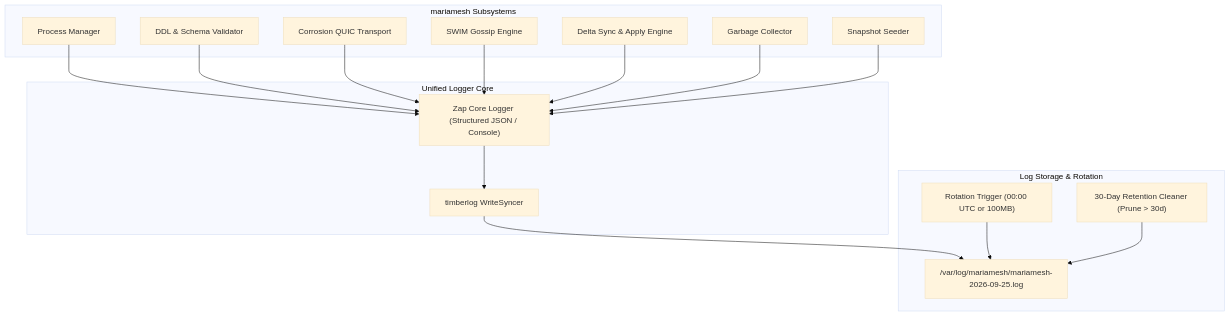
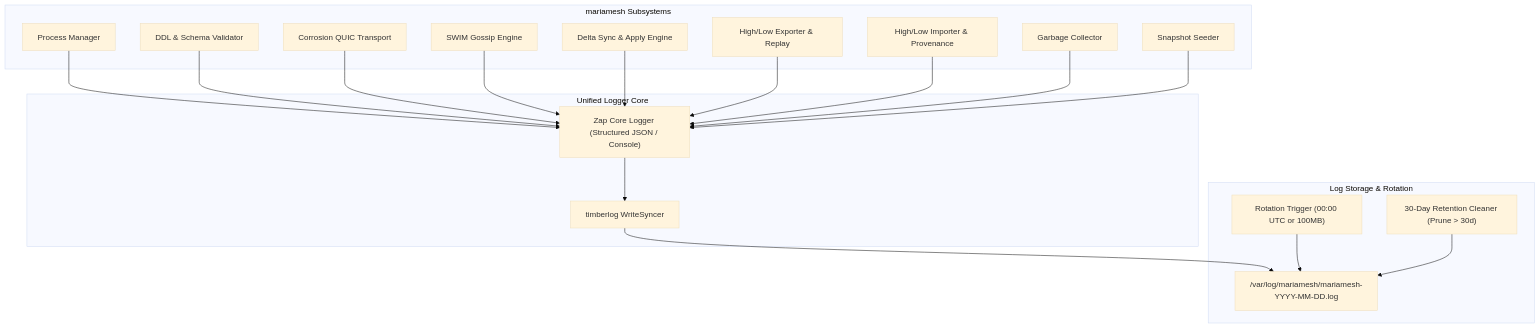
The third of 6 diagrams in PLAN.md (marcgauthier/mariamesh), drawn with Mermaid (base theme) before and after one commit. The commit also changed other lines of this file, not shown here.

Commit message:
Add Galvanize High/Low air-gap cross-domain replication specifications to PLAN.md

````diff
--- a/PLAN.md
+++ b/PLAN.md
@@ -146,36 +252,40 @@
 ```mermaid
 flowchart TD
     subgraph Subsystems ["mariamesh Subsystems"]
         Proc["Process Manager"]
         DDL["DDL & Schema Validator"]
         Transport["Corrosion QUIC Transport"]
         Gossip["SWIM Gossip Engine"]
         Sync["Delta Sync & Apply Engine"]
+        HighLowExp["High/Low Exporter & Replay"]
+        HighLowImp["High/Low Importer & Provenance"]
         GC["Garbage Collector"]
         Seed["Snapshot Seeder"]
     end
 
     subgraph LogEngine ["Unified Logger Core"]
         ZapCore["Zap Core Logger (Structured JSON / Console)"]
         Timberlog["timberlog WriteSyncer"]
     end
 
     subgraph Storage ["Log Storage & Rotation"]
-        DailyFile["/var/log/mariamesh/mariamesh-2026-09-25.log"]
+        DailyFile["/var/log/mariamesh/mariamesh-YYYY-MM-DD.log"]
         Rotator["Rotation Trigger (00:00 UTC or 100MB)"]
         Retain["30-Day Retention Cleaner (Prune > 30d)"]
     end
 
     Proc --> ZapCore
     DDL --> ZapCore
     Transport --> ZapCore
     Gossip --> ZapCore
     Sync --> ZapCore
+    HighLowExp --> ZapCore
+    HighLowImp --> ZapCore
     GC --> ZapCore
     Seed --> ZapCore
 
     ZapCore --> Timberlog
     Timberlog --> DailyFile
     Rotator --> DailyFile
     Retain --> DailyFile
 ```
````
